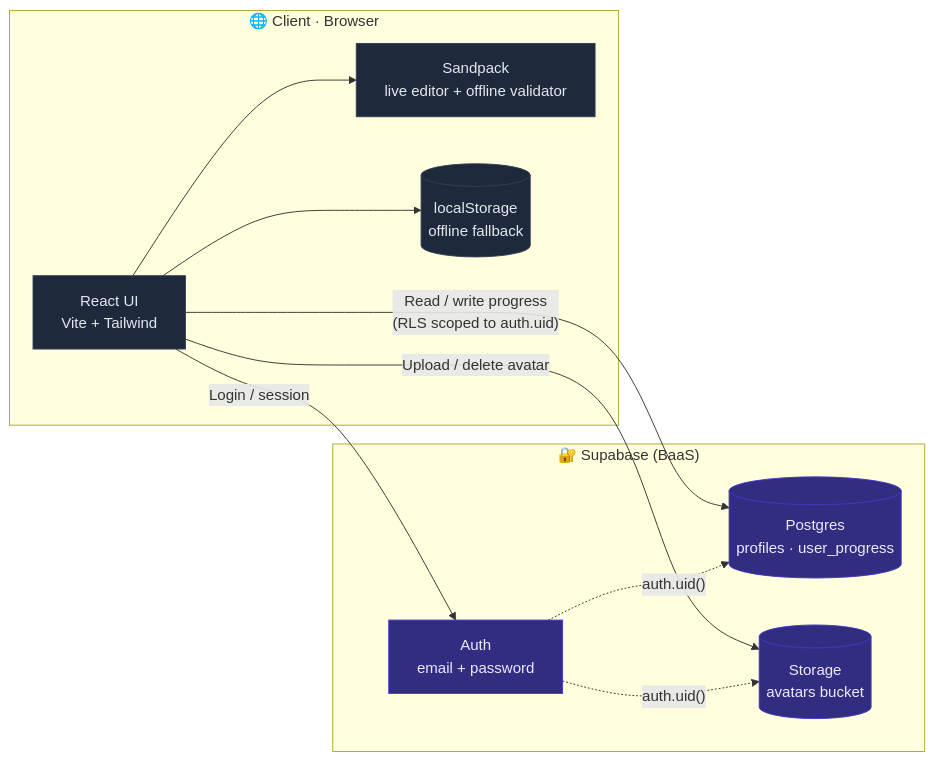
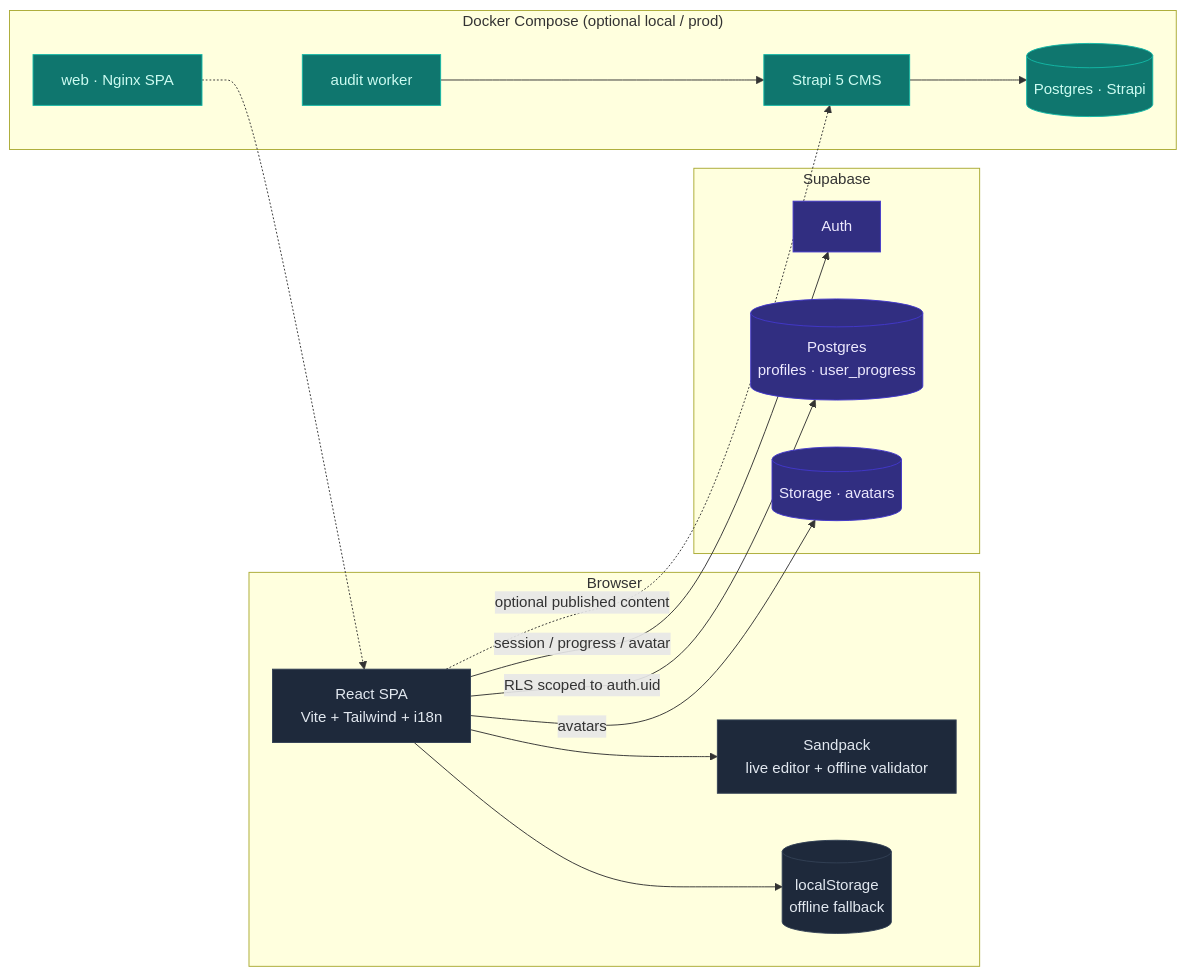
The first of 2 diagrams in README.md (Mezes131/mezes-academy), drawn with Mermaid before and after one commit. The commit also changed other lines of this file and 8 other files, not shown here.

First line of the commit message:
feat: add production Docker Compose setup and CI/CD workflows

````diff
--- a/README.md
+++ b/README.md
@@ -17,27 +24,38 @@
 ```mermaid
 flowchart LR
-    subgraph Client["🌐 Client · Browser"]
-        UI["React UI<br/>Vite + Tailwind"]
+    subgraph Client["Browser"]
+        UI["React SPA<br/>Vite + Tailwind + i18n"]
         Sandpack["Sandpack<br/>live editor + offline validator"]
         Local[("localStorage<br/>offline fallback")]
         UI --> Sandpack
         UI --> Local
     end
 
-    subgraph Supa["🔐 Supabase (BaaS)"]
-        Auth["Auth<br/>email + password"]
+    subgraph Supa["Supabase"]
+        Auth["Auth"]
         DB[("Postgres<br/>profiles · user_progress")]
-        Store[("Storage<br/>avatars bucket")]
+        Store[("Storage · avatars")]
     end
 
-    UI -- "Login / session" --> Auth
-    UI -- "Read / write progress<br/>(RLS scoped to auth.uid)" --> DB
-    UI -- "Upload / delete avatar" --> Store
-    Auth -. "auth.uid()" .-> DB
-    Auth -. "auth.uid()" .-> Store
+    subgraph Docker["Docker Compose (optional local / prod)"]
+        Web["web · Nginx SPA"]
+        Strapi["Strapi 5 CMS"]
+        PG[("Postgres · Strapi")]
+        Worker["audit worker"]
+        Strapi --> PG
+        Worker --> Strapi
+    end
+
+    UI -- "session / progress / avatar" --> Auth
+    UI -- "RLS scoped to auth.uid" --> DB
+    UI -- "avatars" --> Store
+    Web -.-> UI
+    UI -. "optional published content" .-> Strapi
 
     classDef client fill:#1e293b,stroke:#334155,color:#e2e8f0;
     classDef backend fill:#312e81,stroke:#4338ca,color:#ede9fe;
+    classDef edge fill:#0f766e,stroke:#14b8a6,color:#ccfbf1;
     class UI,Sandpack,Local client;
     class Auth,DB,Store backend;
+    class Web,Strapi,PG,Worker edge;
 ```
````
